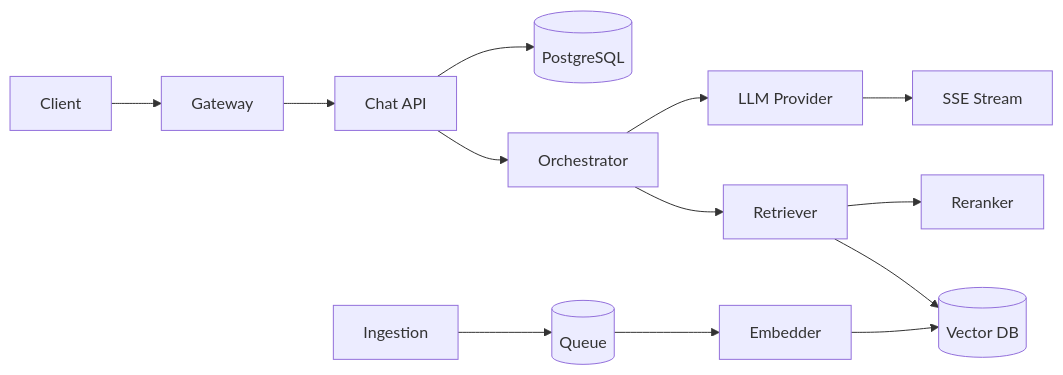
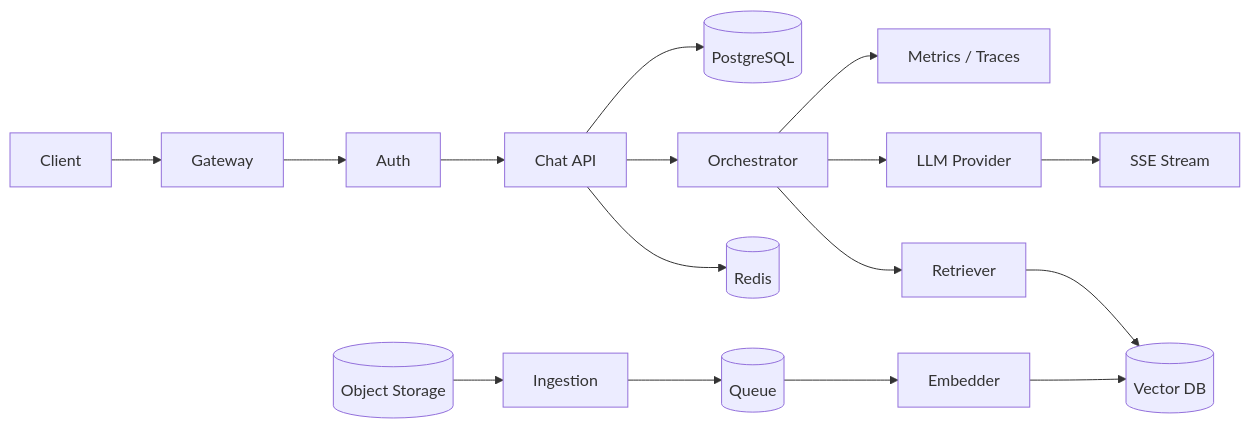
The first of 6 diagrams in python/vinsmart-future-senior-python-interview/11-system-design/design-ai-chatbot.md (HuyNguyen-FinX/Try_Hard), drawn with Mermaid before and after one commit. The commit also changed other lines of this file and 200 other files, not shown here.

````diff
--- a/python/vinsmart-future-senior-python-interview/11-system-design/design-ai-chatbot.md
+++ b/python/vinsmart-future-senior-python-interview/11-system-design/design-ai-chatbot.md
@@ -47,13 +47,15 @@
 ```mermaid
 flowchart LR
-    Client --> Gateway --> ChatAPI["Chat API"]
+Client --> Gateway --> Auth
+Auth --> ChatAPI["Chat API"]
+ChatAPI --> Redis[(Redis)]
 ChatAPI --> Orchestrator
 Orchestrator --> Retriever
 Retriever --> VectorDB[(Vector DB)]
-Retriever --> Reranker
 Orchestrator --> LLM["LLM Provider"]
 LLM --> Stream["SSE Stream"]
 ChatAPI --> PG[(PostgreSQL)]
-Ingestion --> Queue[(Queue)]
-Queue --> Embedder --> VectorDB
+Object[(Object Storage)] --> Ingestion
+Ingestion --> Queue[(Queue)] --> Embedder --> VectorDB
+Orchestrator --> Telemetry["Metrics / Traces"]
 ```
````
